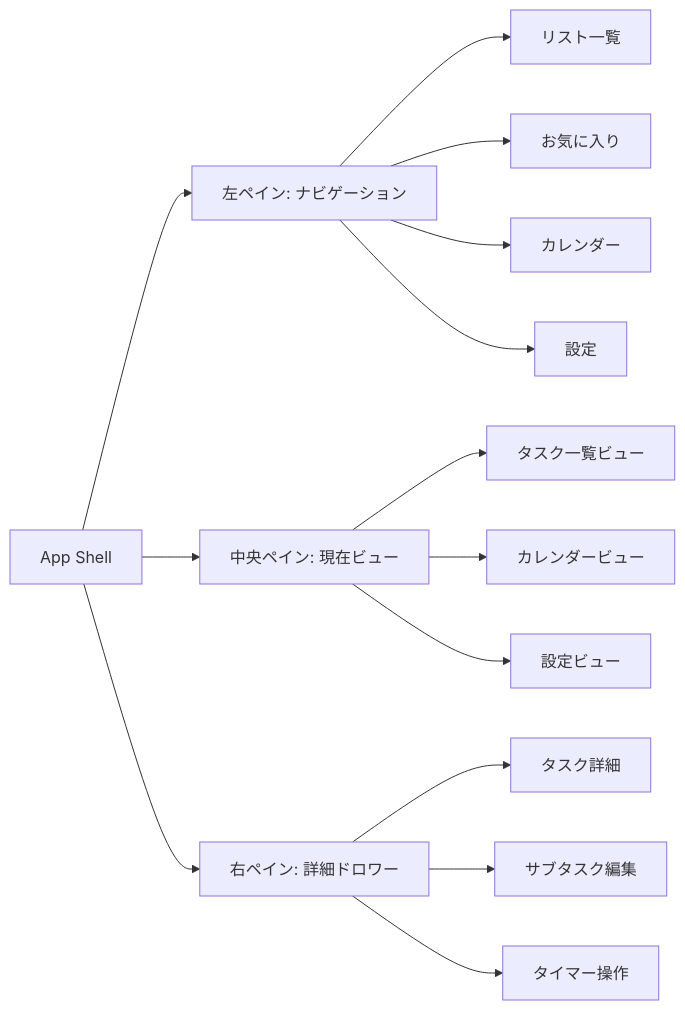
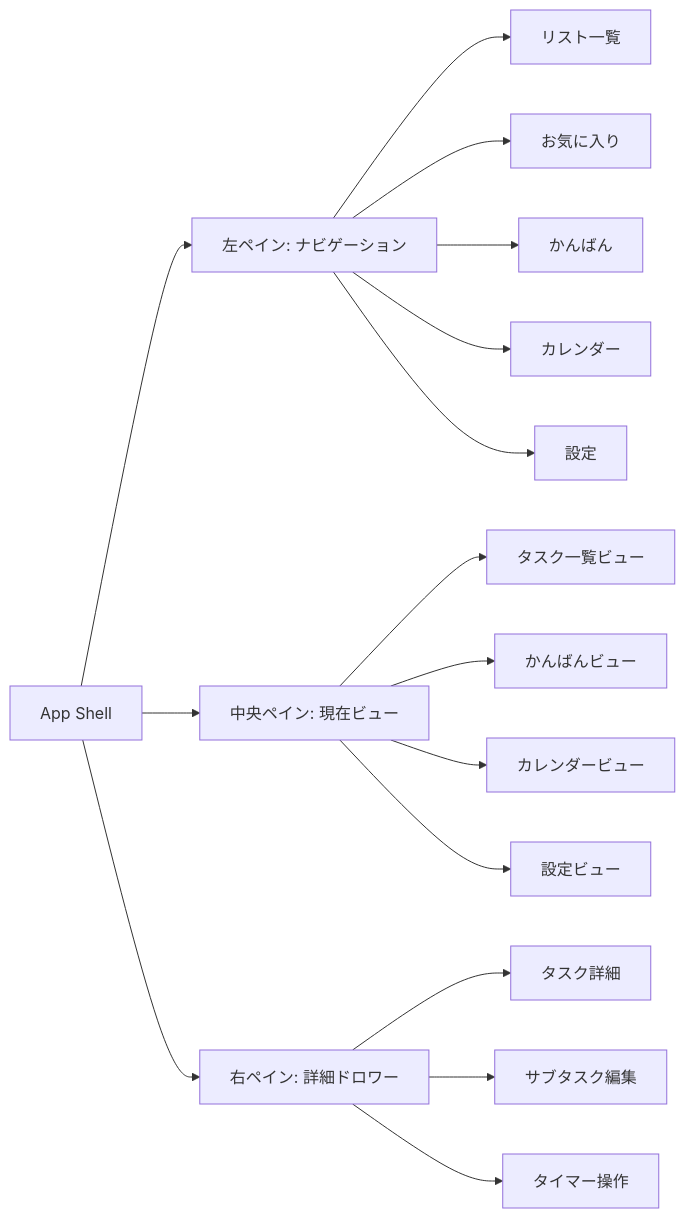
Before and after one commit to yt-hsgw/TaskTimer: the first of 2 diagrams in docs/ui-ux-redesign.md, drawn with Mermaid. The commit also changed other lines of this file and 19 other files, not shown here.

Commit message:
feat: add kanban board view (#103)

````diff
--- a/docs/ui-ux-redesign.md
+++ b/docs/ui-ux-redesign.md
@@ -55,24 +55,26 @@
 ```mermaid
 flowchart LR
   App["App Shell"]
   Left["左ペイン: ナビゲーション"]
   Center["中央ペイン: 現在ビュー"]
   Right["右ペイン: 詳細ドロワー"]
 
   App --> Left
   App --> Center
   App --> Right
 
   Left --> Lists["リスト一覧"]
   Left --> Favorite["お気に入り"]
+  Left --> BoardNav["かんばん"]
   Left --> CalendarNav["カレンダー"]
   Left --> SettingsNav["設定"]
 
   Center --> TaskList["タスク一覧ビュー"]
+  Center --> KanbanView["かんばんビュー"]
   Center --> CalendarView["カレンダービュー"]
   Center --> SettingsView["設定ビュー"]
 
   Right --> TaskDetail["タスク詳細"]
   Right --> SubtaskEditor["サブタスク編集"]
   Right --> TimerControls["タイマー操作"]
 ```
````
